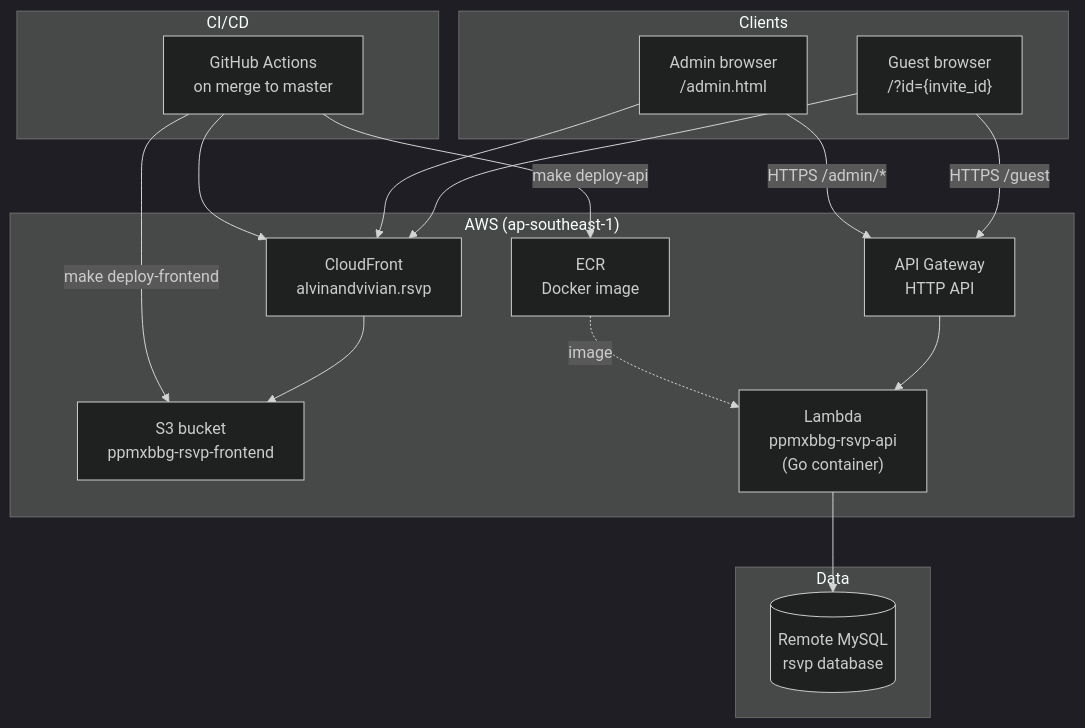
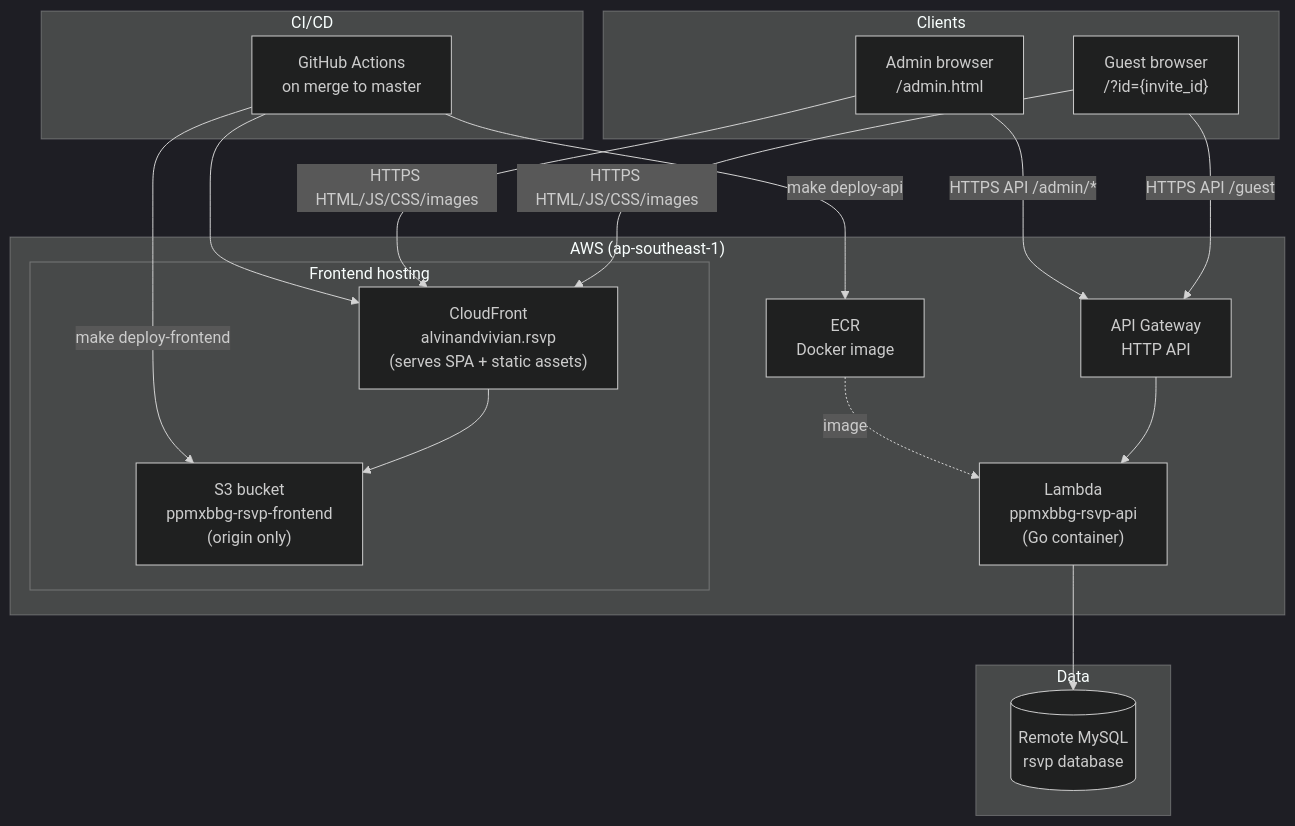
The first of 8 diagrams in docs/architecture.md (xenodus/ppmxbbg-rsvp), drawn with Mermaid (dark theme) before and after one commit. The commit also changed other lines of this file, not shown here.

First line of the commit message:
Clarify CloudFront as the frontend delivery layer

````diff
--- a/docs/architecture.md
+++ b/docs/architecture.md
@@ -9,35 +9,37 @@
 ```mermaid
 flowchart TB
   subgraph clients["Clients"]
     Guest["Guest browser\n/?id={invite_id}"]
     Admin["Admin browser\n/admin.html"]
   end
 
   subgraph aws["AWS (ap-southeast-1)"]
-  CF["CloudFront\nalvinandvivian.rsvp"]
-  S3["S3 bucket\nppmxbbg-rsvp-frontend"]
-  APIGW["API Gateway\nHTTP API"]
-  Lambda["Lambda\nppmxbbg-rsvp-api\n(Go container)"]
-  ECR["ECR\nDocker image"]
+    subgraph frontend_hosting["Frontend hosting"]
+      CF["CloudFront\nalvinandvivian.rsvp\n(serves SPA + static assets)"]
+      S3["S3 bucket\nppmxbbg-rsvp-frontend\n(origin only)"]
+      CF --> S3
+    end
+    APIGW["API Gateway\nHTTP API"]
+    Lambda["Lambda\nppmxbbg-rsvp-api\n(Go container)"]
+    ECR["ECR\nDocker image"]
   end
 
   subgraph data["Data"]
     MySQL[("Remote MySQL\nrsvp database")]
   end
 
   subgraph cicd["CI/CD"]
     GHA["GitHub Actions\non merge to master"]
   end
 
-  Guest --> CF
-  Admin --> CF
-  CF --> S3
-  Guest -->|"HTTPS /guest"| APIGW
-  Admin -->|"HTTPS /admin/*"| APIGW
+  Guest -->|"HTTPS HTML/JS/CSS/images"| CF
+  Admin -->|"HTTPS HTML/JS/CSS/images"| CF
+  Guest -->|"HTTPS API /guest"| APIGW
+  Admin -->|"HTTPS API /admin/*"| APIGW
   APIGW --> Lambda
   Lambda --> MySQL
   ECR -.->|"image"| Lambda
   GHA -->|"make deploy-api"| ECR
   GHA -->|"make deploy-frontend"| S3
   GHA --> CF
 ```
````
